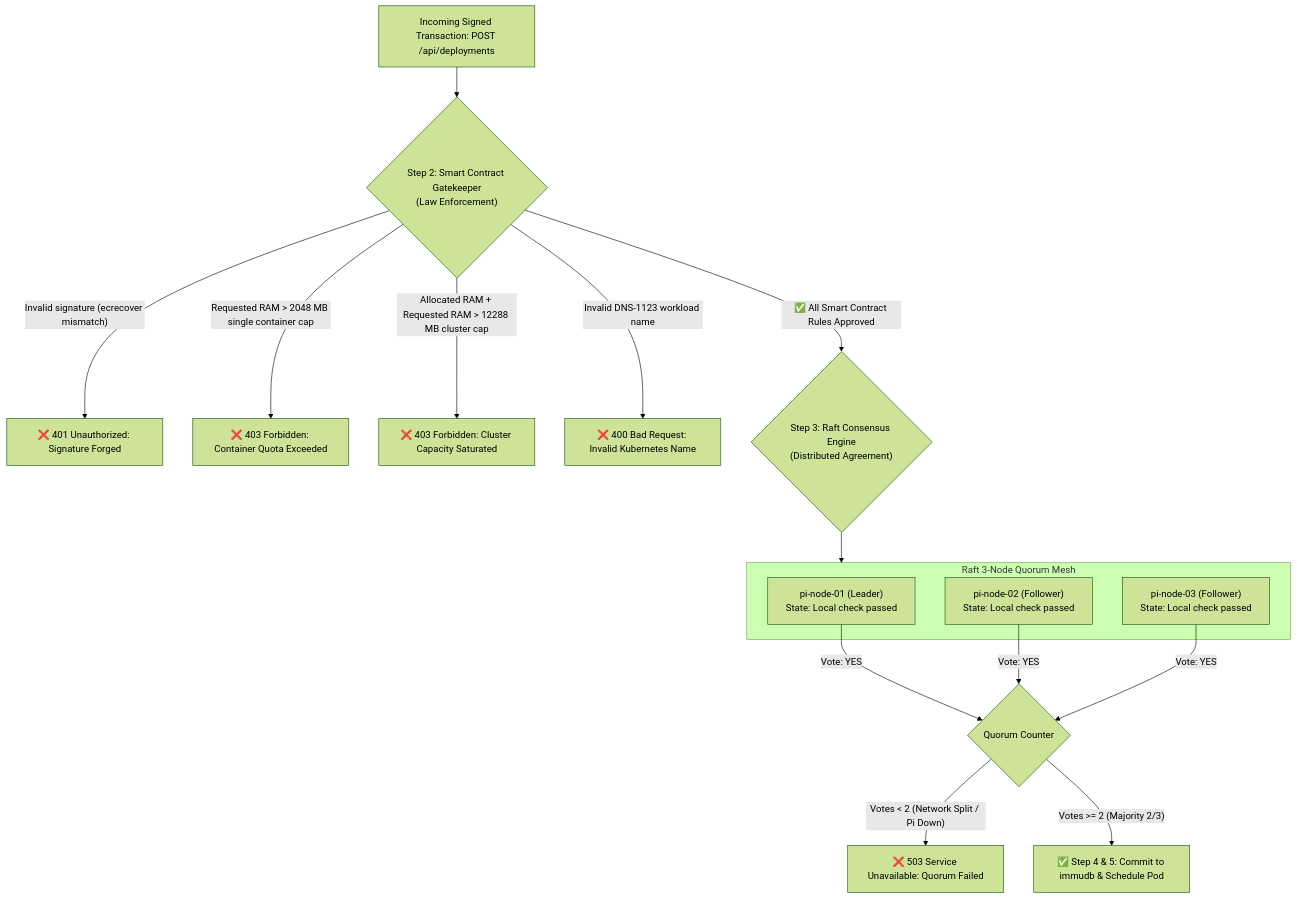
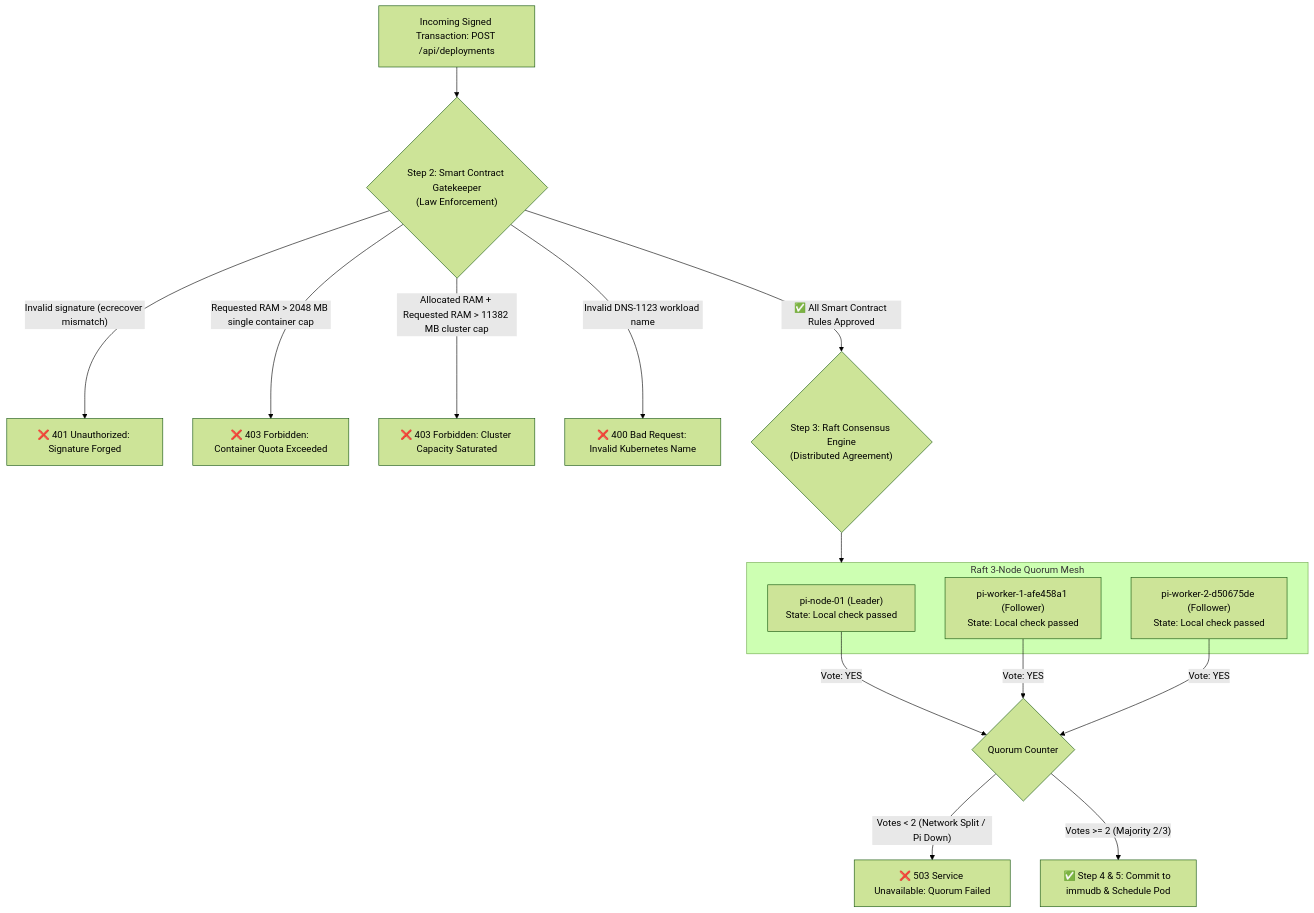
One commit to AslouneYahya/blockchain-cloud-platform changed the third of 10 diagrams in docs/ARCHITECTURE_DIAGRAMS.md. Above: the diagram before and after it, drawn with Mermaid (forest theme). The commit also changed other lines of this file and 12 other files, not shown here.

Commit message:
docs: comprehensive academic README and architecture diagrams embedding all 10 production screenshots in screenshots/bc

````diff
--- a/docs/ARCHITECTURE_DIAGRAMS.md
+++ b/docs/ARCHITECTURE_DIAGRAMS.md
@@ -117,25 +117,25 @@
 ```mermaid
 flowchart TD
     TX["Incoming Signed Transaction: POST /api/deployments"] --> SC_CHECK{"Step 2: Smart Contract Gatekeeper<br/>(Law Enforcement)"}
 
     SC_CHECK -- "Invalid signature (ecrecover mismatch)" --> REJECT1["❌ 401 Unauthorized: Signature Forged"]
     SC_CHECK -- "Requested RAM > 2048 MB single container cap" --> REJECT2["❌ 403 Forbidden: Container Quota Exceeded"]
-    SC_CHECK -- "Allocated RAM + Requested RAM > 12288 MB cluster cap" --> REJECT3["❌ 403 Forbidden: Cluster Capacity Saturated"]
+    SC_CHECK -- "Allocated RAM + Requested RAM > 11382 MB cluster cap" --> REJECT3["❌ 403 Forbidden: Cluster Capacity Saturated"]
     SC_CHECK -- "Invalid DNS-1123 workload name" --> REJECT4["❌ 400 Bad Request: Invalid Kubernetes Name"]
 
     SC_CHECK -- "✅ All Smart Contract Rules Approved" --> RAFT_VOTE{"Step 3: Raft Consensus Engine<br/>(Distributed Agreement)"}
 
     subgraph ConsensusMesh["Raft 3-Node Quorum Mesh"]
         N1["pi-node-01 (Leader)<br/>State: Local check passed"]
-        N2["pi-node-02 (Follower)<br/>State: Local check passed"]
-        N3["pi-node-03 (Follower)<br/>State: Local check passed"]
+        N2["pi-worker-1-afe458a1 (Follower)<br/>State: Local check passed"]
+        N3["pi-worker-2-d50675de (Follower)<br/>State: Local check passed"]
     end
 
     RAFT_VOTE --> ConsensusMesh
     N1 -->|Vote: YES| Q_CHECK{"Quorum Counter"}
     N2 -->|Vote: YES| Q_CHECK
     N3 -->|Vote: YES| Q_CHECK
 
     Q_CHECK -- "Votes < 2 (Network Split / Pi Down)" --> REJECT5["❌ 503 Service Unavailable: Quorum Failed"]
     Q_CHECK -- "Votes >= 2 (Majority 2/3)" --> APPROVE["✅ Step 4 & 5: Commit to immudb & Schedule Pod"]
 ```
````
